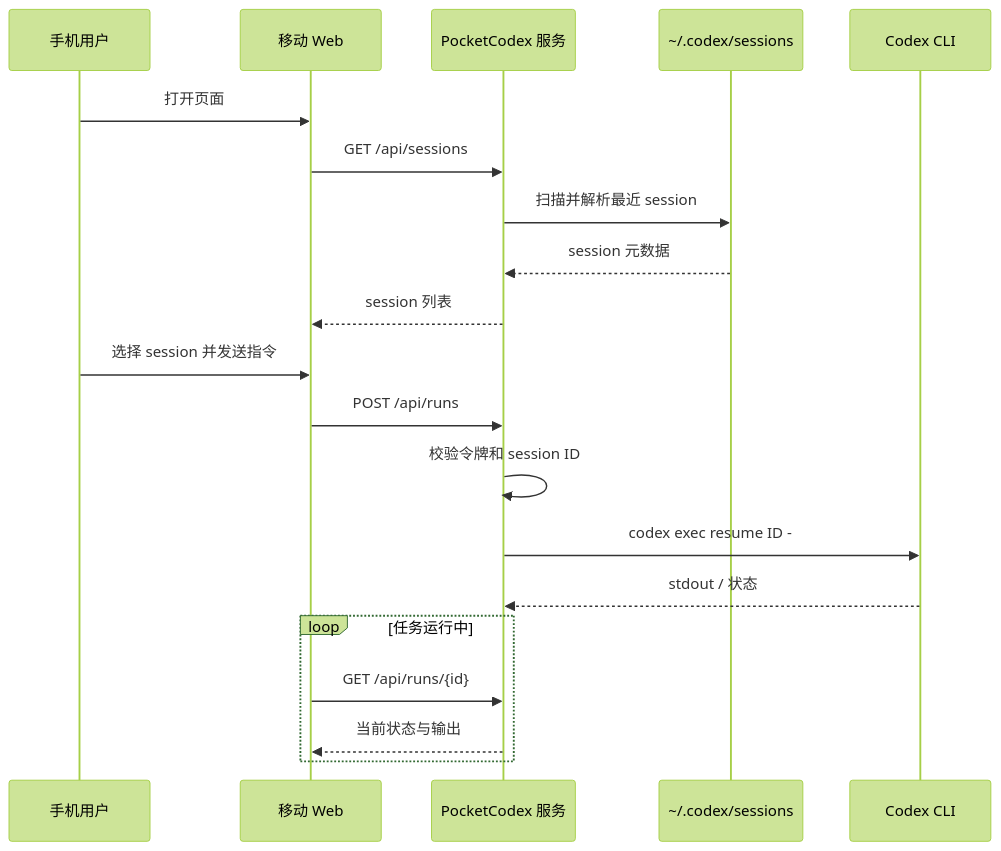
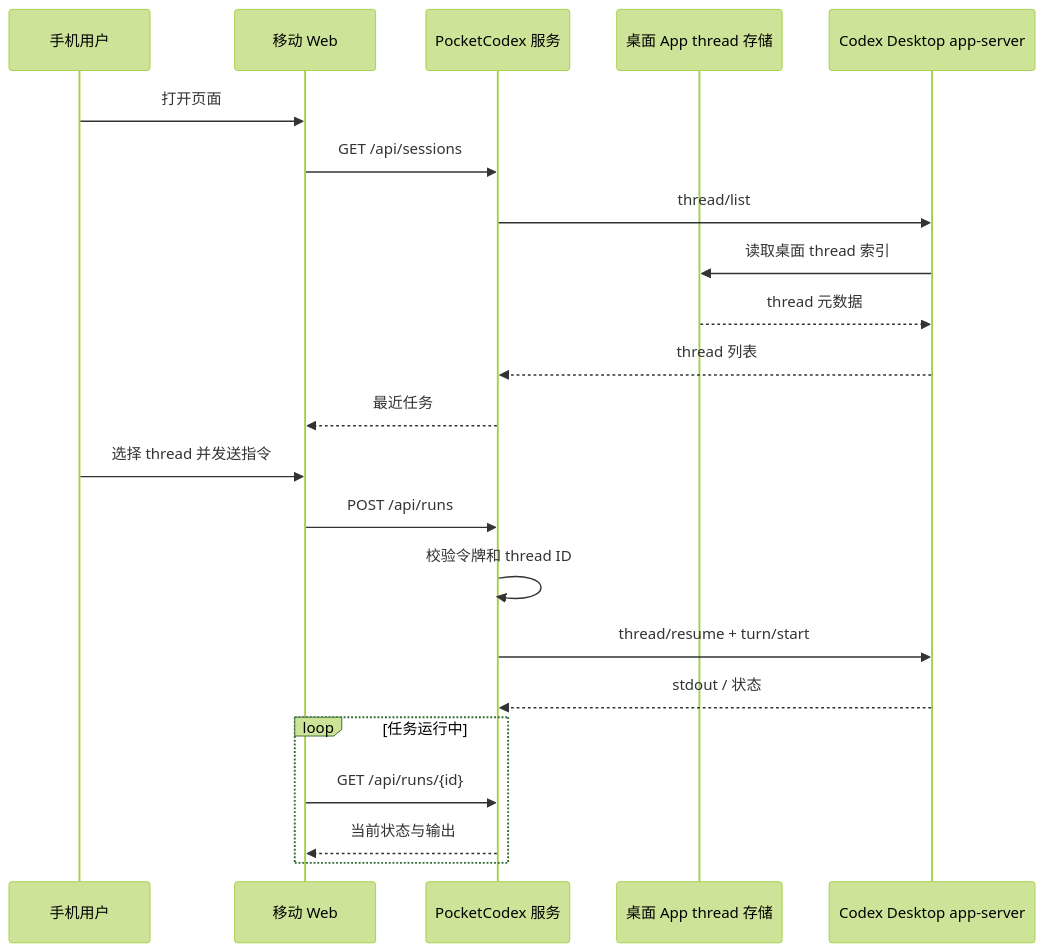
One commit to wanlixing-dream/Pocket-Codex changed the second of 4 diagrams in docs/ARCHITECTURE.md. Above: the diagram before and after it, drawn with Mermaid (forest theme). The commit also changed other lines of this file and 9 other files, not shown here.

````diff
--- a/docs/ARCHITECTURE.md
+++ b/docs/ARCHITECTURE.md
@@ -111,23 +123,25 @@
 ```mermaid
 sequenceDiagram
     participant U as 手机用户
     participant W as 移动 Web
     participant S as PocketCodex 服务
-    participant F as ~/.codex/sessions
-    participant C as Codex CLI
+    participant F as 桌面 App thread 存储
+    participant C as Codex Desktop app-server
 
     U->>W: 打开页面
     W->>S: GET /api/sessions
-    S->>F: 扫描并解析最近 session
-    F-->>S: session 元数据
-    S-->>W: session 列表
-    U->>W: 选择 session 并发送指令
+    S->>C: thread/list
+    C->>F: 读取桌面 thread 索引
+    F-->>C: thread 元数据
+    C-->>S: thread 列表
+    S-->>W: 最近任务
+    U->>W: 选择 thread 并发送指令
     W->>S: POST /api/runs
-    S->>S: 校验令牌和 session ID
-    S->>C: codex exec resume ID -
+    S->>S: 校验令牌和 thread ID
+    S->>C: thread/resume + turn/start
     C-->>S: stdout / 状态
     loop 任务运行中
         W->>S: GET /api/runs/{id}
         S-->>W: 当前状态与输出
     end
 ```
````
